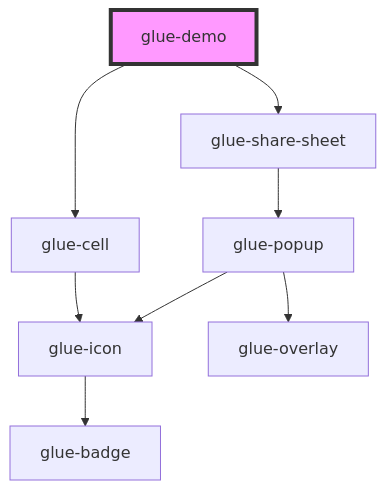
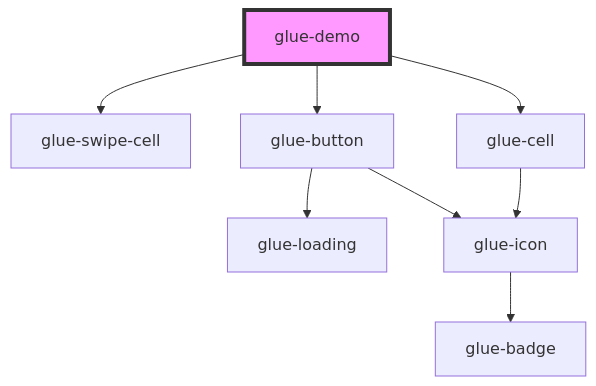
One commit to grasilife/glue changed the diagram in packages/glue-components/src/components/glue-demo/readme.md. Above: the diagram before and after it, drawn with Mermaid. The commit also changed other lines of this file and 9 other files, not shown here.

Commit message:
SwipeCell 滑动单元格更新文档和demo

````diff
--- a/packages/glue-components/src/components/glue-demo/readme.md
+++ b/packages/glue-components/src/components/glue-demo/readme.md
@@ -16,11 +17,11 @@
 ```mermaid
 graph TD;
+  glue-demo --> glue-swipe-cell
+  glue-demo --> glue-button
   glue-demo --> glue-cell
-  glue-demo --> glue-share-sheet
+  glue-button --> glue-loading
+  glue-button --> glue-icon
+  glue-icon --> glue-badge
   glue-cell --> glue-icon
-  glue-icon --> glue-badge
-  glue-share-sheet --> glue-popup
-  glue-popup --> glue-icon
-  glue-popup --> glue-overlay
   style glue-demo fill:#f9f,stroke:#333,stroke-width:4px
 ```
````
